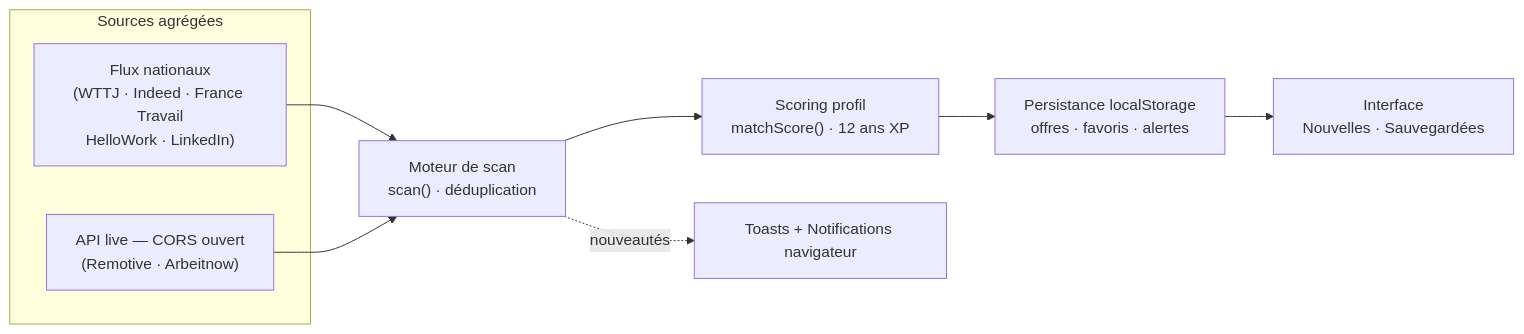
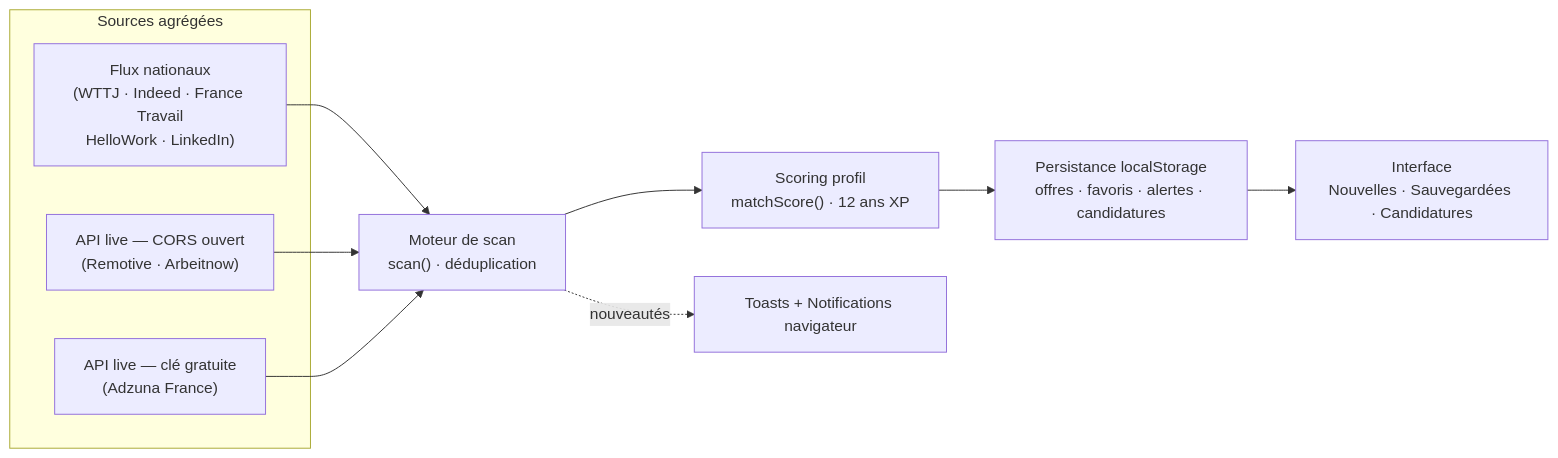
Before and after one commit to AtmanTest/qaradar: the diagram in README.md, drawn with Mermaid. The commit also changed other lines of this file and 40 other files, not shown here.

Commit message:
feat: v2.0.0 — candidatures, Adzuna, tests vitest, PWA, build régénéré

````diff
--- a/README.md
+++ b/README.md
@@ -15,13 +8,15 @@
 ```mermaid
 flowchart LR
   subgraph Sources[Sources agrégées]
     F["Flux nationaux<br/>(WTTJ · Indeed · France Travail<br/>HelloWork · LinkedIn)"]
     A["API live — CORS ouvert<br/>(Remotive · Arbeitnow)"]
+    Z["API live — clé gratuite<br/>(Adzuna France)"]
   end
   F --> M["Moteur de scan<br/>scan() · déduplication"]
   A --> M
+  Z --> M
   M --> S["Scoring profil<br/>matchScore() · 12 ans XP"]
-  S --> P["Persistance localStorage<br/>offres · favoris · alertes"]
-  P --> UI["Interface<br/>Nouvelles · Sauvegardées"]
+  S --> P["Persistance localStorage<br/>offres · favoris · alertes · candidatures"]
+  P --> UI["Interface<br/>Nouvelles · Sauvegardées · Candidatures"]
   M -. nouveautés .-> N["Toasts + Notifications navigateur"]
 ```
````
